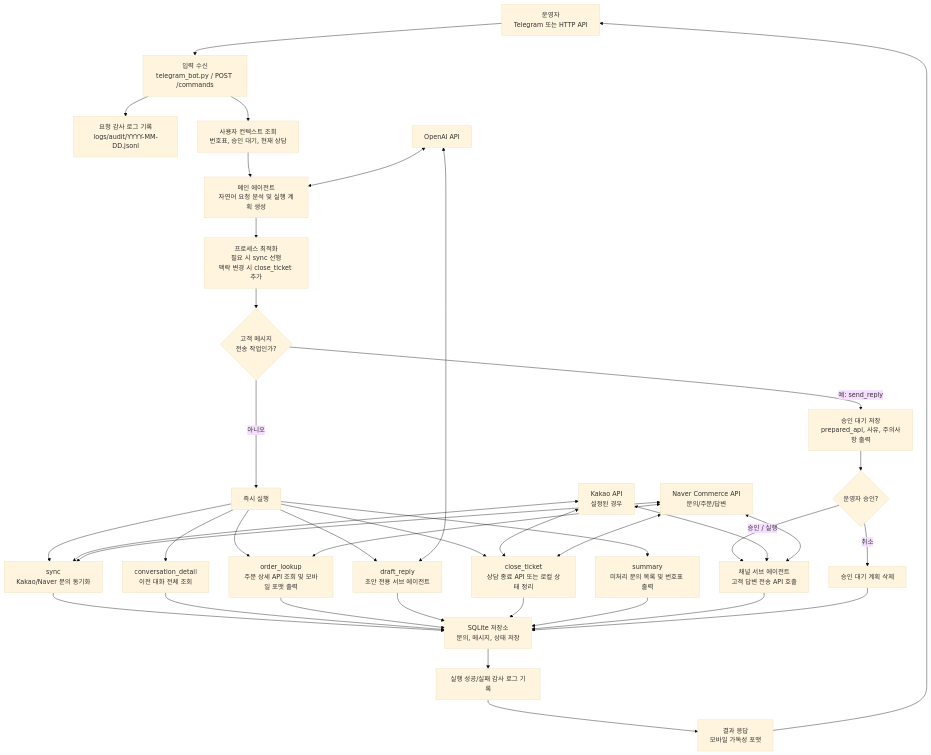
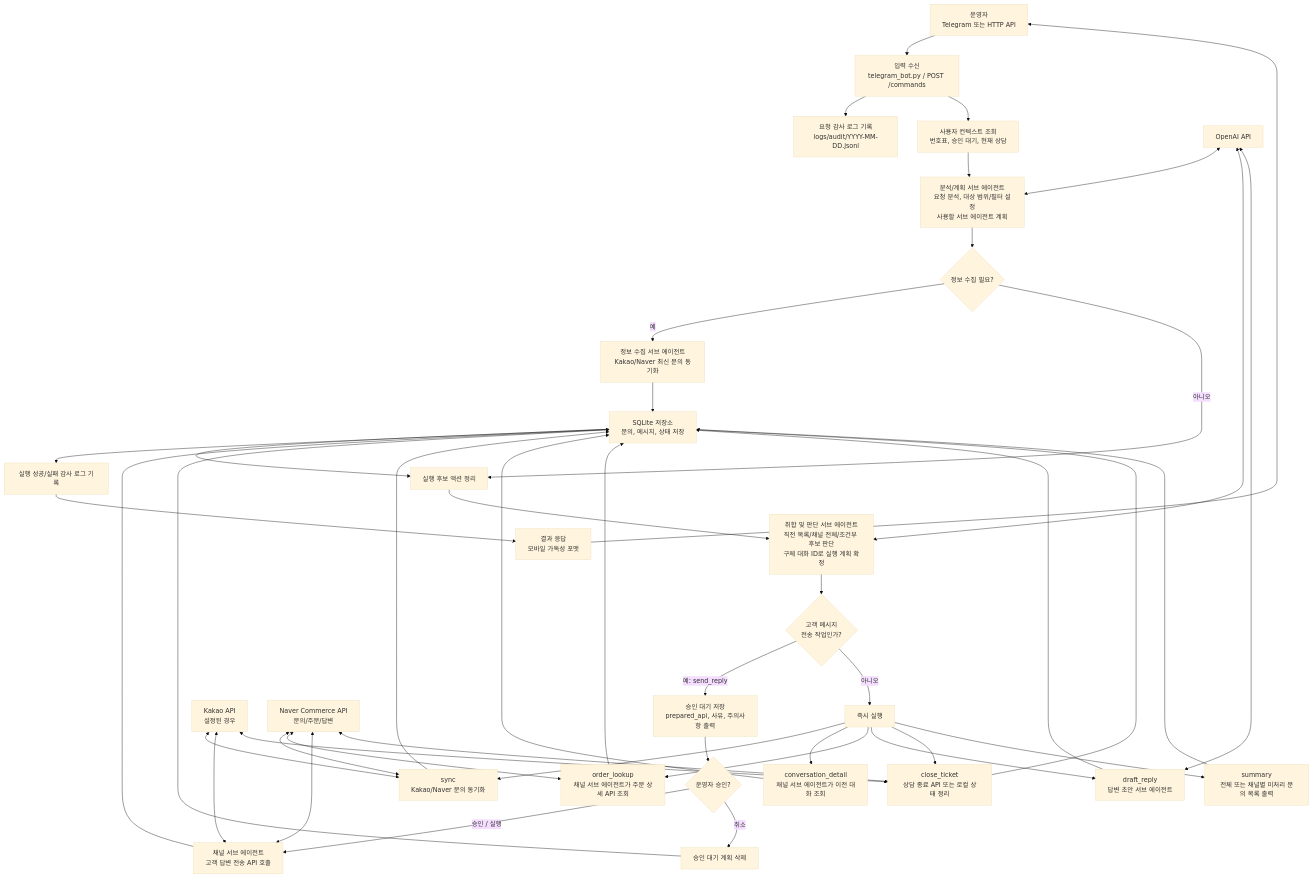
One commit to pardro/shopping-cs changed the diagram in README.md. Above: the diagram before and after it, drawn with Mermaid (base theme). The commit also changed other lines of this file and 10 other files, not shown here.

````diff
--- a/README.md
+++ b/README.md
@@ -24,45 +27,51 @@
 ```mermaid
 flowchart TD
     U["운영자<br/>Telegram 또는 HTTP API"] --> IN["입력 수신<br/>telegram_bot.py / POST /commands"]
     IN --> AUDIT1["요청 감사 로그 기록<br/>logs/audit/YYYY-MM-DD.jsonl"]
     IN --> CTX["사용자 컨텍스트 조회<br/>번호표, 승인 대기, 현재 상담"]
-    CTX --> PLAN["메인 에이전트<br/>자연어 요청 분석 및 실행 계획 생성"]
-    PLAN --> OPT["프로세스 최적화<br/>필요 시 sync 선행<br/>맥락 변경 시 close_ticket 추가"]
-    OPT --> APPROVAL{"고객 메시지<br/>전송 작업인가?"}
+    CTX --> PLAN["분석/계획 서브 에이전트<br/>요청 분석, 대상 범위/필터 설정<br/>사용할 서브 에이전트 계획"]
+    PLAN --> INFO{"정보 수집 필요?"}
+    INFO -- "예" --> COLLECT["정보 수집 서브 에이전트<br/>Kakao/Naver 최신 문의 동기화"]
+    INFO -- "아니오" --> ROUTE["실행 후보 액션 정리"]
+    COLLECT --> REPO["SQLite 저장소<br/>문의, 메시지, 상태 저장"]
+    REPO --> ROUTE
+    ROUTE --> JUDGE["취합 및 판단 서브 에이전트<br/>직전 목록/채널 전체/조건부 후보 판단<br/>구체 대화 ID로 실행 계획 확정"]
+    JUDGE --> APPROVAL{"고객 메시지<br/>전송 작업인가?"}
 
     APPROVAL -- "예: send_reply" --> WAIT["승인 대기 저장<br/>prepared_api, 사유, 주의사항 출력"]
     WAIT --> OPAPPROVE{"운영자 승인?"}
     OPAPPROVE -- "승인 / 실행" --> SEND["채널 서브 에이전트<br/>고객 답변 전송 API 호출"]
     OPAPPROVE -- "취소" --> CANCEL["승인 대기 계획 삭제"]
 
     APPROVAL -- "아니오" --> EXEC["즉시 실행"]
     EXEC --> SYNC["sync<br/>Kakao/Naver 문의 동기화"]
-    EXEC --> DETAIL["conversation_detail<br/>이전 대화 전체 조회"]
-    EXEC --> ORDER["order_lookup<br/>주문 상세 API 조회 및 모바일 포맷 출력"]
-    EXEC --> DRAFT["draft_reply<br/>초안 전용 서브 에이전트"]
+    EXEC --> DETAIL["conversation_detail<br/>채널 서브 에이전트가 이전 대화 조회"]
+    EXEC --> ORDER["order_lookup<br/>채널 서브 에이전트가 주문 상세 API 조회"]
+    EXEC --> DRAFT["draft_reply<br/>답변 초안 서브 에이전트"]
     EXEC --> CLOSE["close_ticket<br/>상담 종료 API 또는 로컬 상태 정리"]
-    EXEC --> SUMMARY["summary<br/>미처리 문의 목록 및 번호표 출력"]
+    EXEC --> SUMMARY["summary<br/>전체 또는 채널별 미처리 문의 목록 출력"]
 
-    SYNC --> REPO["SQLite 저장소<br/>문의, 메시지, 상태 저장"]
+    SYNC --> REPO
     DETAIL --> REPO
     ORDER --> REPO
     DRAFT --> REPO
     CLOSE --> REPO
     SUMMARY --> REPO
     SEND --> REPO
     CANCEL --> REPO
 
     REPO --> AUDIT2["실행 성공/실패 감사 로그 기록"]
     AUDIT2 --> OUT["결과 응답<br/>모바일 가독성 포맷"]
     OUT --> U
 
     KAKAO["Kakao API<br/>설정된 경우"] <--> SYNC
     KAKAO <--> SEND
     KAKAO <--> CLOSE
     NAVER["Naver Commerce API<br/>문의/주문/답변"] <--> SYNC
     NAVER <--> ORDER
     NAVER <--> SEND
     NAVER <--> CLOSE
     OPENAI["OpenAI API"] <--> PLAN
+    OPENAI <--> JUDGE
     OPENAI <--> DRAFT
 ```
````
